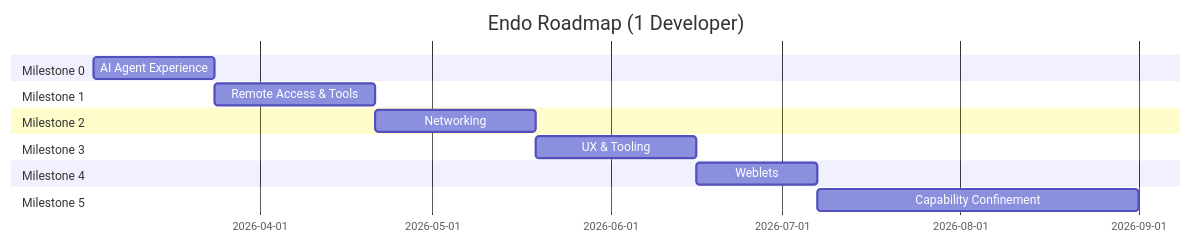
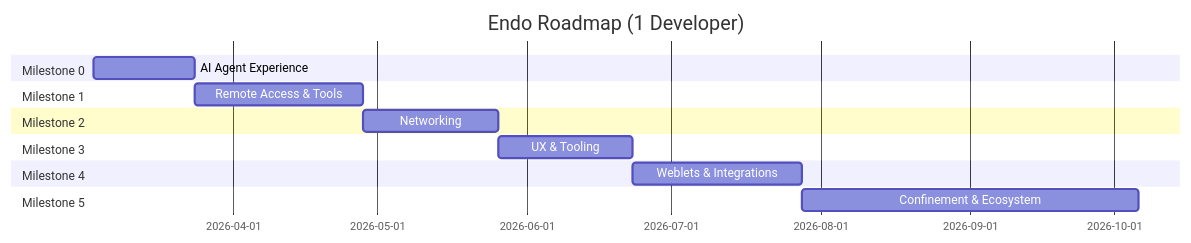
The second of 2 diagrams in designs/README.md (jbotson/endo-but-for-bots), drawn with Mermaid before and after one commit. The commit also changed other lines of this file and 11 other files, not shown here.

````diff
--- a/designs/README.md
+++ b/designs/README.md
@@ -357,23 +414,23 @@
 ```mermaid
 gantt
     title Endo Roadmap (1 Developer)
     dateFormat YYYY-MM-DD
 
     section Milestone 0
     AI Agent Experience           :m0, 2026-03-03, 3w
 
     section Milestone 1
-    Remote Access & Tools         :m1, after m0, 4w
+    Remote Access & Tools         :m1, after m0, 5w
 
     section Milestone 2
     Networking                    :m2, after m1, 4w
 
     section Milestone 3
     UX & Tooling                  :m3, after m2, 4w
 
     section Milestone 4
-    Weblets                       :m4, after m3, 3w
+    Weblets & Integrations        :m4, after m3, 5w
 
     section Milestone 5
-    Capability Confinement        :m5, after m4, 8w
+    Confinement & Ecosystem       :m5, after m4, 10w
 ```
````
